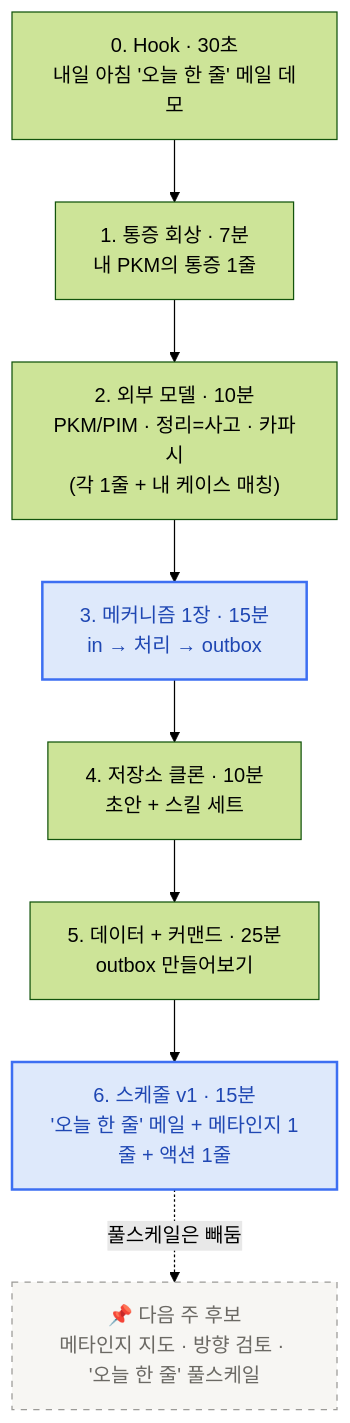
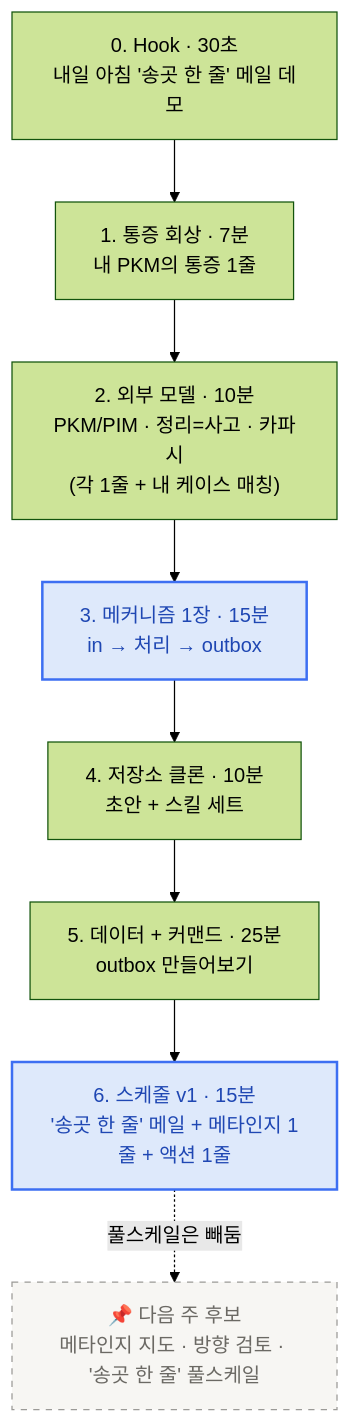
The diagram in content/week2/index.mdx (effectiveai-io/my-learning-agent), drawn with Mermaid (forest theme) before and after one commit. The commit also changed other lines of this file and 6 other files, not shown here.

````diff
--- a/content/week2/index.mdx
+++ b/content/week2/index.mdx
@@ -12,19 +12,19 @@
 ```mermaid
 flowchart TD
-    Hook["0. Hook · 30초<br/>내일 아침 '오늘 한 줄' 메일 데모"]
+    Hook["0. Hook · 30초<br/>내일 아침 '송곳 한 줄' 메일 데모"]
     S1["1. 통증 회상 · 7분<br/>내 PKM의 통증 1줄"]
     S2["2. 외부 모델 · 10분<br/>PKM/PIM · 정리=사고 · 카파시<br/>(각 1줄 + 내 케이스 매칭)"]
     S3["3. 메커니즘 1장 · 15분<br/>in → 처리 → outbox"]
     S4["4. 저장소 클론 · 10분<br/>초안 + 스킬 세트"]
     S5["5. 데이터 + 커맨드 · 25분<br/>outbox 만들어보기"]
-    S6["6. 스케줄 v1 · 15분<br/>'오늘 한 줄' 메일 + 메타인지 1줄 + 액션 1줄"]
-    Park["📌 다음 주 후보<br/>메타인지 지도 · 방향 검토 · '오늘 한 줄' 풀스케일"]
+    S6["6. 스케줄 v1 · 15분<br/>'송곳 한 줄' 메일 + 메타인지 1줄 + 액션 1줄"]
+    Park["📌 다음 주 후보<br/>메타인지 지도 · 방향 검토 · '송곳 한 줄' 풀스케일"]
 
     Hook --> S1 --> S2 --> S3 --> S4 --> S5 --> S6
     S6 -.->|풀스케일은 빼둠| Park
 
     classDef anchor fill:#dee9fb,stroke:#3d6ff2,stroke-width:2px,color:#1f47b3
     classDef park fill:#f7f6f3,stroke:#9b9a97,stroke-dasharray:5,color:#6b6964
     class S3,S6 anchor
     class Park park
 ```
````
